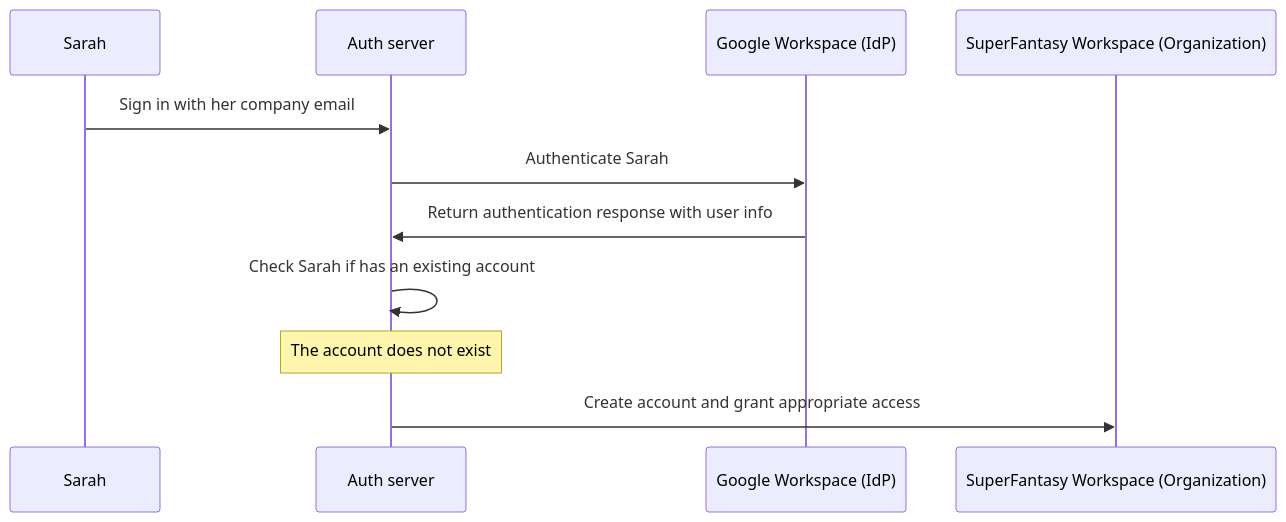
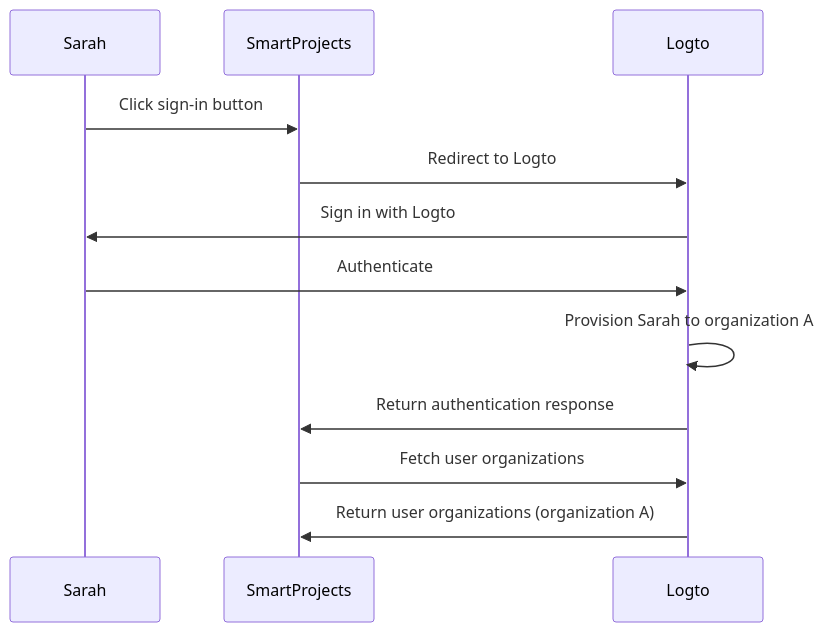
The first of 2 diagrams in src/content/terms/en/jit-provisioning.mdx (logto-io/auth-wiki), drawn with Mermaid before and after one commit. The commit also changed other lines of this file and 1 other file, not shown here.

````diff
--- a/src/content/terms/en/jit-provisioning.mdx
+++ b/src/content/terms/en/jit-provisioning.mdx
@@ -21,14 +19,15 @@
 ```mermaid
 sequenceDiagram
     participant Sarah
-    participant Auth server
-    participant Google Workspace (IdP)
-    participant SuperFantasy Workspace (Organization)
+    participant SmartProjects
+    participant Logto
 
-    Sarah ->> Auth server: Sign in with her company email
-    Auth server ->> Google Workspace (IdP): Authenticate Sarah
-    Google Workspace (IdP) ->> Auth server: Return authentication response with user info
-    Auth server ->> Auth server: Check Sarah if has an existing account
-    Note over Auth server: The account does not exist
-    Auth server ->> SuperFantasy Workspace (Organization): Create account and grant appropriate access
+    Sarah ->> SmartProjects: Click sign-in button
+    SmartProjects ->> Logto: Redirect to Logto
+    Logto ->> Sarah: Sign in with Logto
+    Sarah ->> Logto: Authenticate
+    Logto ->> Logto: Provision Sarah to organization A
+    Logto ->> SmartProjects: Return authentication response
+    SmartProjects ->> Logto: Fetch user organizations
+    Logto ->> SmartProjects: Return user organizations (organization A)
 ```
````
